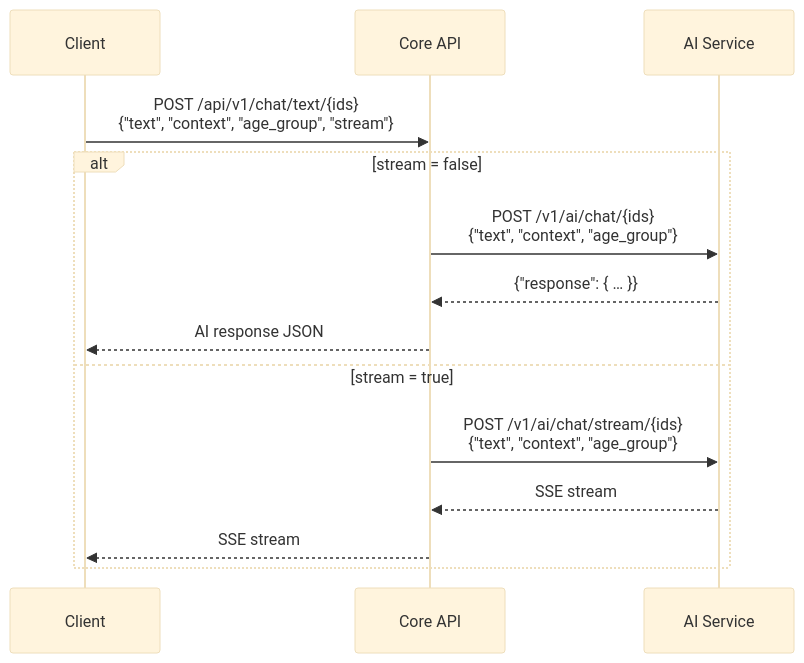
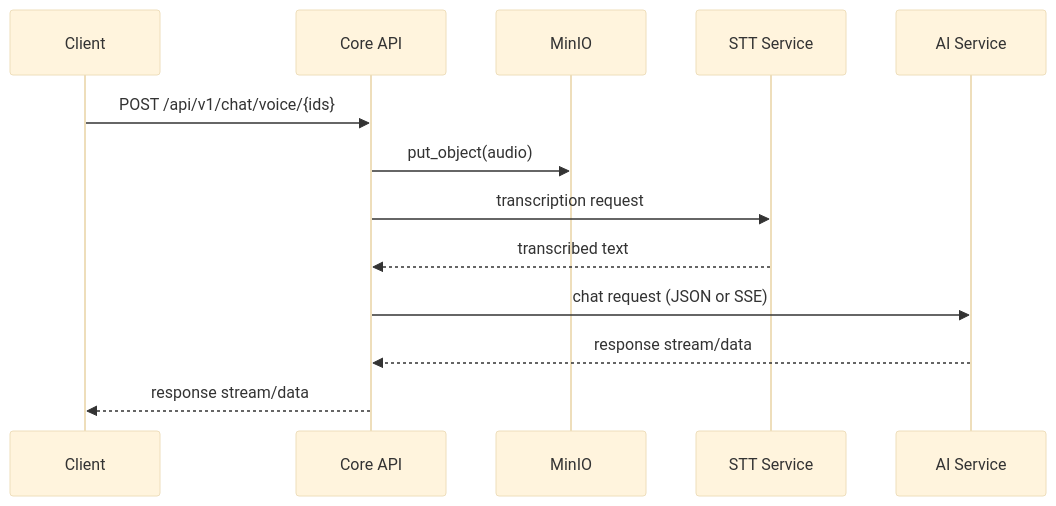
One commit to KlaiAhmed/KidsMind changed the second of 2 diagrams in Services/api/README.md. Above: the diagram before and after it, drawn with Mermaid (base theme). The commit also changed other lines of this file and 1 other file, not shown here.

````diff
--- a/Services/api/README.md
+++ b/Services/api/README.md
@@ -179,17 +69,16 @@
 ```mermaid
 sequenceDiagram
     participant C as Client
     participant API as Core API
+    participant S3 as MinIO
+    participant STT as STT Service
     participant AI as AI Service
 
-    C->>API: POST /api/v1/chat/text/{ids}<br/>{"text", "context", "age_group", "stream"}
-    alt stream = false
-        API->>AI: POST /v1/ai/chat/{ids}<br/>{"text", "context", "age_group"}
-        AI-->>API: {"response": { … }}
-        API-->>C: AI response JSON
-    else stream = true
-        API->>AI: POST /v1/ai/chat/stream/{ids}<br/>{"text", "context", "age_group"}
-        AI-->>API: SSE stream
-        API-->>C: SSE stream
-    end
+    C->>API: POST /api/v1/chat/voice/{ids}
+    API->>S3: put_object(audio)
+    API->>STT: transcription request
+    STT-->>API: transcribed text
+    API->>AI: chat request (JSON or SSE)
+    AI-->>API: response stream/data
+    API-->>C: response stream/data
 ```
````
